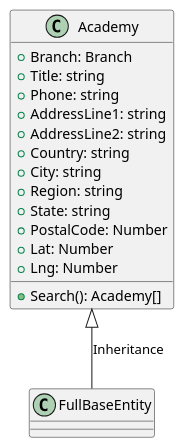
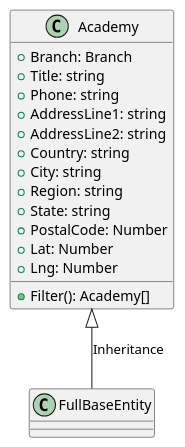
Before and after one commit to evrendev/sport-club: the diagram in uml/Academy/Academy.puml, drawn with PlantUML. The commit also changed 40 other files, not shown here.

```diff
--- a/uml/Academy/Academy.puml
+++ b/uml/Academy/Academy.puml
@@ -1,22 +1,22 @@
 @startuml Academy Class Diagram
 
 class Academy   {
     + Branch: Branch
     + Title: string
     + Phone: string
     + AddressLine1: string
     + AddressLine2: string
     + Country: string
     + City: string
     + Region: string
     + State: string
     + PostalCode: Number
     + Lat: Number
     + Lng: Number
 
-    + Search(): Academy[]
+    + Filter(): Academy[]
 }
 
 Academy <|-- FullBaseEntity: Inheritance
  
 @enduml
```
